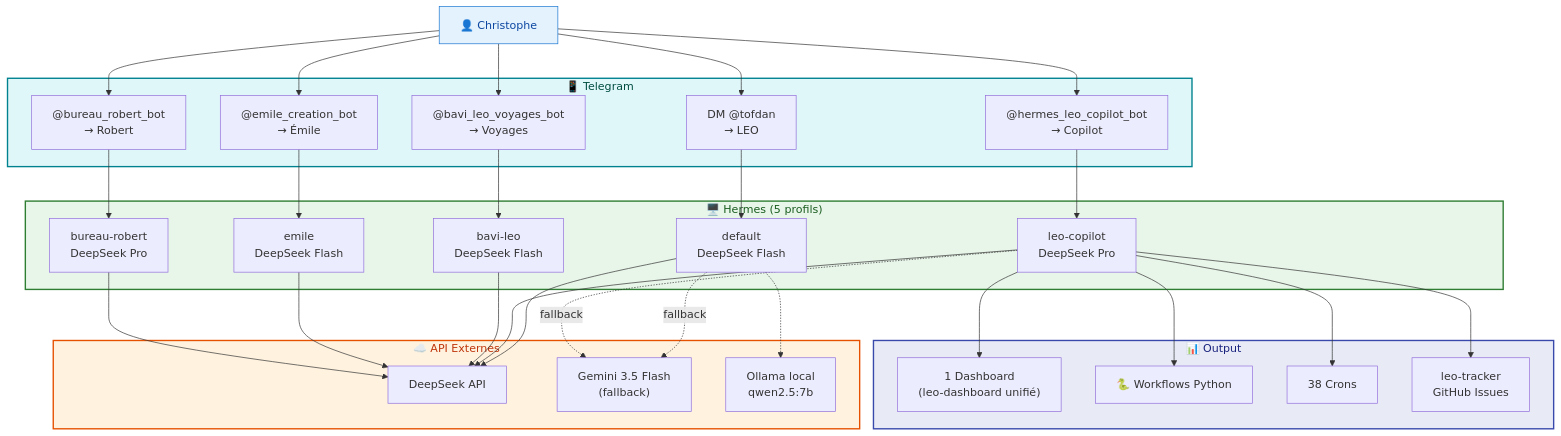
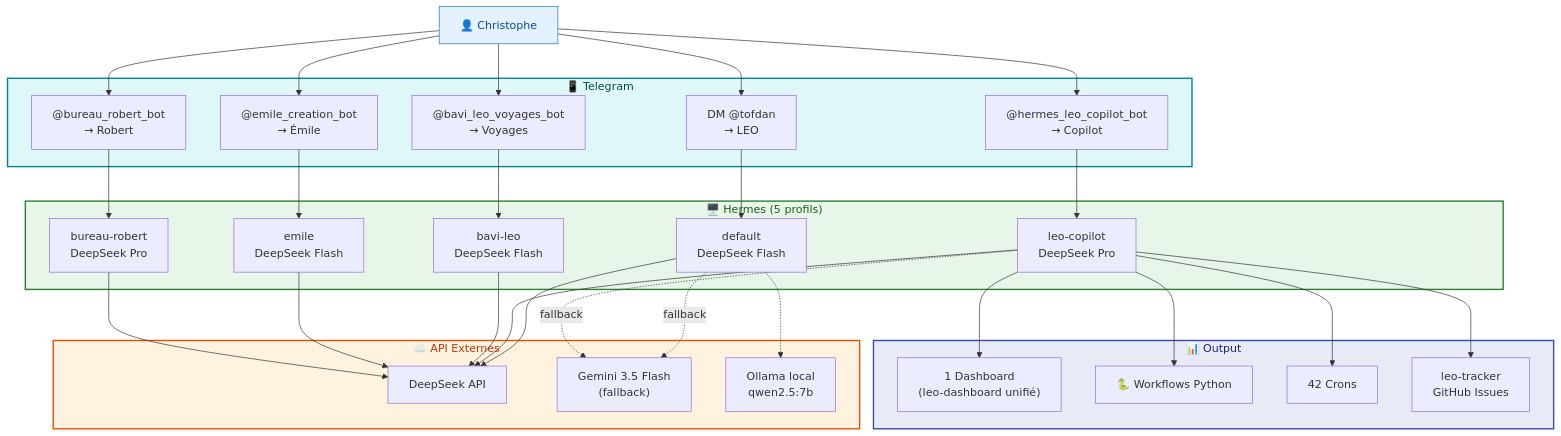
The fifth of 5 diagrams in docs/hermes/architecture-communication.md (christophedanhier-hash/hermes-wiki), drawn with Mermaid before and after one commit. The commit also changed other lines of this file and 4 other files, not shown here.

````diff
--- a/docs/hermes/architecture-communication.md
+++ b/docs/hermes/architecture-communication.md
@@ -209,66 +209,66 @@
 ```mermaid
 flowchart TB
     User["👤 Christophe"]
 
     subgraph TELEGRAM["📱 Telegram"]
         DM["DM @tofdan<br/>→ LEO"]
         COP["@hermes_leo_copilot_bot<br/>→ Copilot"]
         VOY["@bavi_leo_voyages_bot<br/>→ Voyages"]
         EMI["@emile_creation_bot<br/>→ Émile"]
         ROB["@bureau_robert_bot<br/>→ Robert"]
     end
 
     subgraph HERMES["🖥️ Hermes (5 profils)"]
         DEF["default<br/>DeepSeek Flash"]
         LCP["leo-copilot<br/>DeepSeek Pro"]
         BAV["bavi-leo<br/>DeepSeek Flash"]
         EMILE["emile<br/>DeepSeek Flash"]
         BUR["bureau-robert<br/>DeepSeek Pro"]
     end
 
     subgraph API["☁️ API Externes"]
         DS["DeepSeek API"]
         GEM["Gemini 3.5 Flash<br/>(fallback)"]
         OLL["Ollama local<br/>qwen2.5:7b"]
     end
 
     subgraph OUTPUT["📊 Output"]
         DASH["1 Dashboard<br/>(leo-dashboard unifié)"]
         WFL["🐍 Workflows Python"]
-        CRON["38 Crons"]
+        CRON["42 Crons"]
         ISSUES["leo-tracker<br/>GitHub Issues"]
     end
 
     User --> DM
     User --> COP
     User --> VOY
     User --> EMI
     User --> ROB
 
     DM --> DEF
     COP --> LCP
     VOY --> BAV
     EMI --> EMILE
     ROB --> BUR
 
     DEF --> DS
     LCP --> DS
     BAV --> DS
     EMILE --> DS
     BUR --> DS
 
     DEF -.->|"fallback"| GEM
     DEF -.-> OLL
     LCP -.->|"fallback"| GEM
 
     LCP --> DASH
     LCP --> WFL
     LCP --> CRON
     LCP --> ISSUES
 
     style User fill:#e3f2fd,stroke:#1976d2,color:#0d47a1
     style TELEGRAM fill:#e0f7fa,stroke:#00838f,stroke-width:2px,color:#004d40
     style HERMES fill:#e8f5e9,stroke:#2e7d32,stroke-width:2px,color:#1b5e20
     style API fill:#fff3e0,stroke:#e65100,stroke-width:2px,color:#bf360c
     style OUTPUT fill:#e8eaf6,stroke:#3949ab,stroke-width:2px,color:#1a237e
 ```
````
